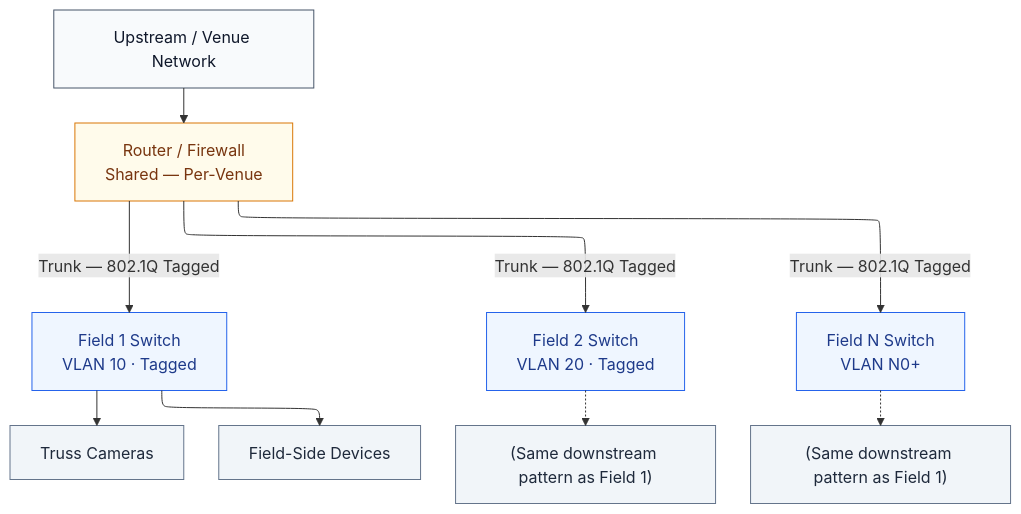
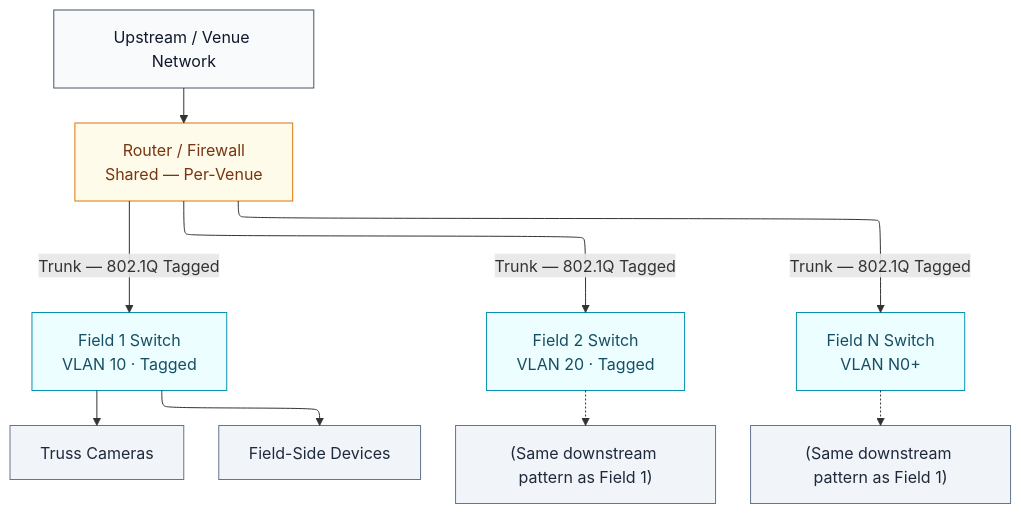
The diagram in docs-source/field/network/diagrams/net-core-vlan.mmd (RoboCup-SSL/ssl-docs), drawn with Mermaid before and after one commit. The commit also changed 92 other files, not shown here.

Commit message:
add drawio support, detail network diagrams

```diff
--- a/docs-source/field/network/diagrams/net-core-vlan.mmd
+++ b/docs-source/field/network/diagrams/net-core-vlan.mmd
@@ -1,26 +1,26 @@
 ---
 config:
   layout: elk
   elk:
     mergeEdges: false
     nodePlacementStrategy: BRANDES_KOEPF
 ---
 flowchart TB
     Upstream["Upstream / Venue Network"] --> Router["Router / Firewall<br/>Shared — Per-Venue"]
     Router -- "Trunk — 802.1Q Tagged" --> S1["Field 1 Switch<br/>VLAN 10 · Tagged"]
     Router -- "Trunk — 802.1Q Tagged" --> S2["Field 2 Switch<br/>VLAN 20 · Tagged"]
     Router -- "Trunk — 802.1Q Tagged" --> SN["Field N Switch<br/>VLAN N0+"]
 
     S1 --> Truss1["Truss Cameras"]
     S1 --> FS1["Field-Side Devices"]
     S2 -.-> Note2["(Same downstream pattern as Field 1)"]
     SN -.-> NoteN["(Same downstream pattern as Field 1)"]
 
     classDef amber fill:#fffbeb,stroke:#d97706,color:#78350f;
-    classDef blue fill:#eff6ff,stroke:#2563eb,color:#1e3a8a;
+    classDef cyan fill:#ecfeff,stroke:#0891b2,color:#164e63;
     classDef gray fill:#f1f5f9,stroke:#64748b,color:#1e293b;
     classDef slate fill:#f8fafc,stroke:#475569,color:#0f172a;
     class Upstream slate;
     class Router amber;
-    class S1,S2,SN blue;
+    class S1,S2,SN cyan;
     class Truss1,FS1,Note2,NoteN gray;
```
